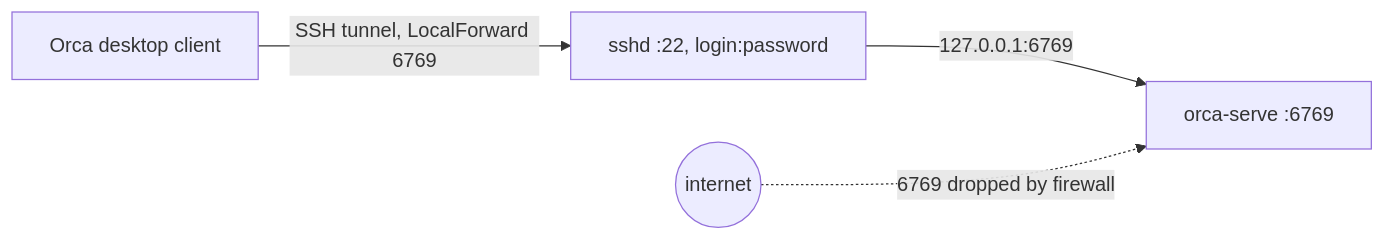
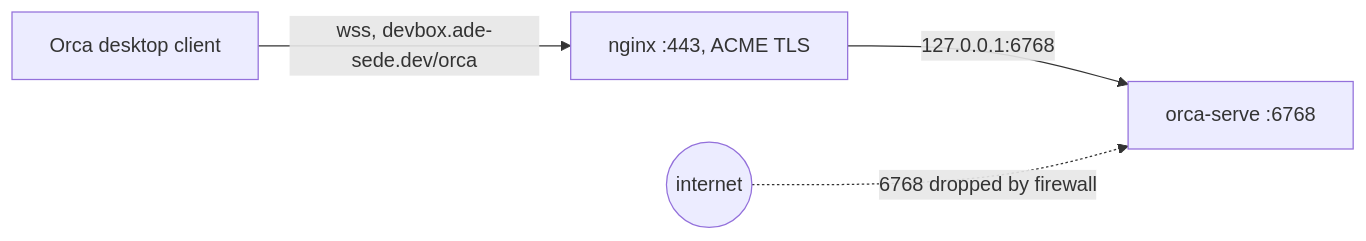
The diagram in hosts/remote-devbox/orca.md (ade-sede/dotfiles), drawn with Mermaid before and after one commit. The commit also changed other lines of this file and 3 other files, not shown here.

First line of the commit message:
Expose Orca through nginx instead of SSH tunnel

````diff
--- a/hosts/remote-devbox/orca.md
+++ b/hosts/remote-devbox/orca.md
@@ -22,6 +25,6 @@
 ```mermaid
 flowchart LR
-  laptop[Orca desktop client] -- "SSH tunnel, LocalForward 6769" --> sshd[sshd :22, login:password]
-  sshd -- "127.0.0.1:6769" --> orcad[orca-serve :6769]
-  internet((internet)) -. "6769 dropped by firewall" .-> orcad
+  laptop[Orca desktop client] -- "wss, devbox.ade-sede.dev/orca" --> nginx[nginx :443, ACME TLS]
+  nginx -- "127.0.0.1:6768" --> orcad[orca-serve :6768]
+  internet((internet)) -. "6768 dropped by firewall" .-> orcad
 ```
````
